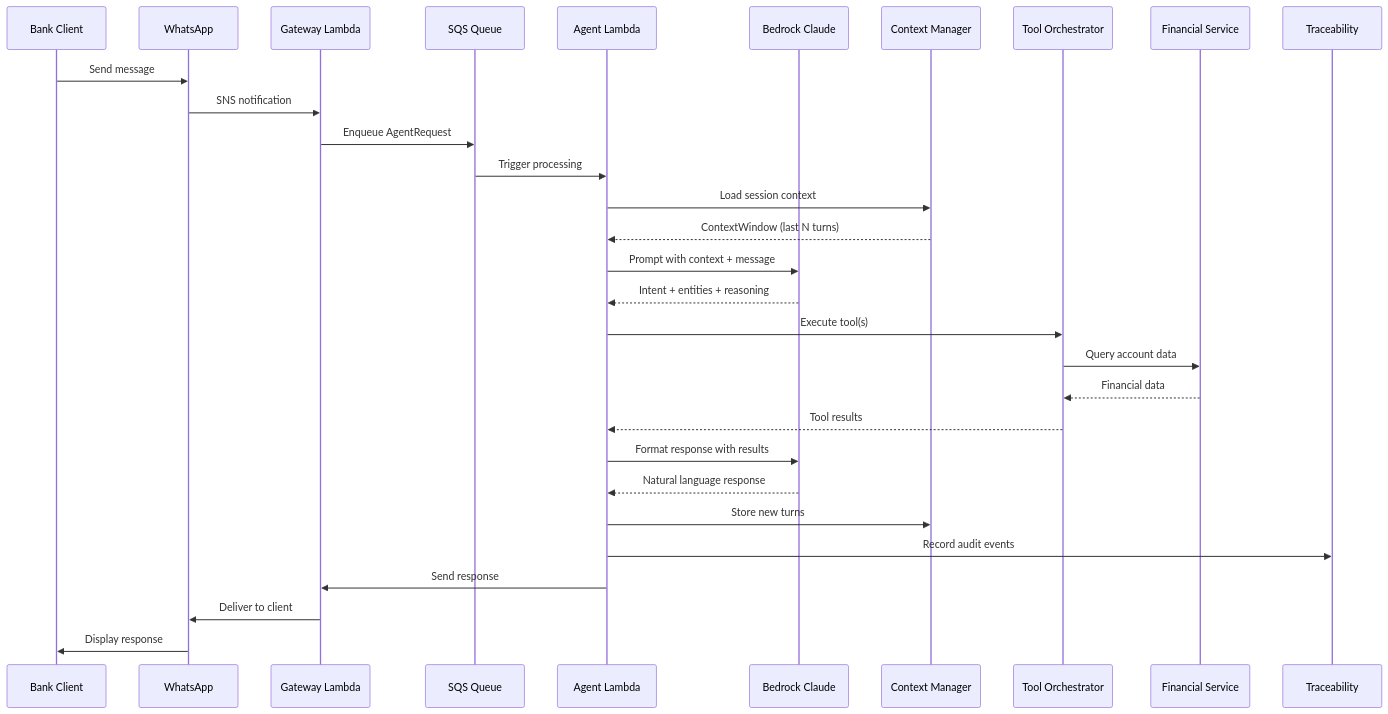
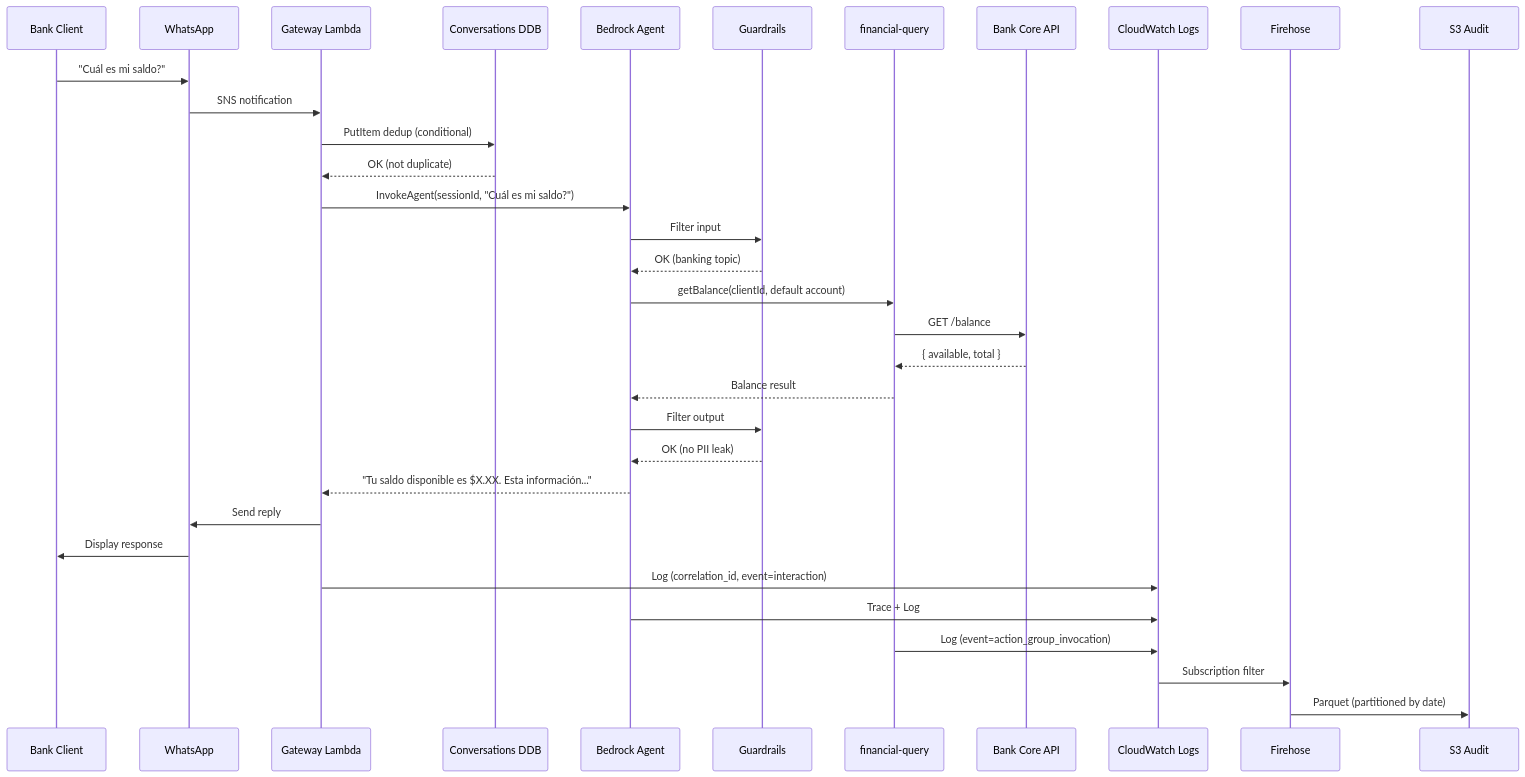
Before and after one commit to AWS-Builders-League/BTG-ConnectAI: the second of 2 diagrams in .kiro/specs/btg-connect-ai/design.md, drawn with Mermaid. The commit also changed other lines of this file and 2 other files, not shown here.

````diff
--- a/.kiro/specs/btg-connect-ai/design.md
+++ b/.kiro/specs/btg-connect-ai/design.md
@@ -821,33 +430,36 @@
 ```mermaid
 sequenceDiagram
     participant C as Bank Client
     participant WA as WhatsApp
     participant GW as Gateway Lambda
-    participant Q as SQS Queue
-    participant A as Agent Lambda
-    participant B as Bedrock Claude
-    participant CM as Context Manager
-    participant TO as Tool Orchestrator
-    participant FS as Financial Service
-    participant T as Traceability
+    participant DDB as Conversations DDB
+    participant AG as Bedrock Agent
+    participant GU as Guardrails
+    participant FQ as financial-query
+    participant CORE as Bank Core API
+    participant CW as CloudWatch Logs
+    participant FH as Firehose
+    participant S3 as S3 Audit
 
-    C->>WA: Send message
+    C->>WA: "Cuál es mi saldo?"
     WA->>GW: SNS notification
-    GW->>Q: Enqueue AgentRequest
-    Q->>A: Trigger processing
-    A->>CM: Load session context
-    CM-->>A: ContextWindow (last N turns)
-    A->>B: Prompt with context + message
-    B-->>A: Intent + entities + reasoning
-    A->>TO: Execute tool(s)
-    TO->>FS: Query account data
-    FS-->>TO: Financial data
-    TO-->>A: Tool results
-    A->>B: Format response with results
-    B-->>A: Natural language response
-    A->>CM: Store new turns
-    A->>T: Record audit events
-    A->>GW: Send response
-    GW->>WA: Deliver to client
+    GW->>DDB: PutItem dedup (conditional)
+    DDB-->>GW: OK (not duplicate)
+    GW->>AG: InvokeAgent(sessionId, "Cuál es mi saldo?")
+    AG->>GU: Filter input
+    GU-->>AG: OK (banking topic)
+    AG->>FQ: getBalance(clientId, default account)
+    FQ->>CORE: GET /balance
+    CORE-->>FQ: { available, total }
+    FQ-->>AG: Balance result
+    AG->>GU: Filter output
+    GU-->>AG: OK (no PII leak)
+    AG-->>GW: "Tu saldo disponible es $X.XX. Esta información..."
+    GW->>WA: Send reply
     WA->>C: Display response
+    GW->>CW: Log (correlation_id, event=interaction)
+    AG->>CW: Trace + Log
+    FQ->>CW: Log (event=action_group_invocation)
+    CW->>FH: Subscription filter
+    FH->>S3: Parquet (partitioned by date)
 ```
````
